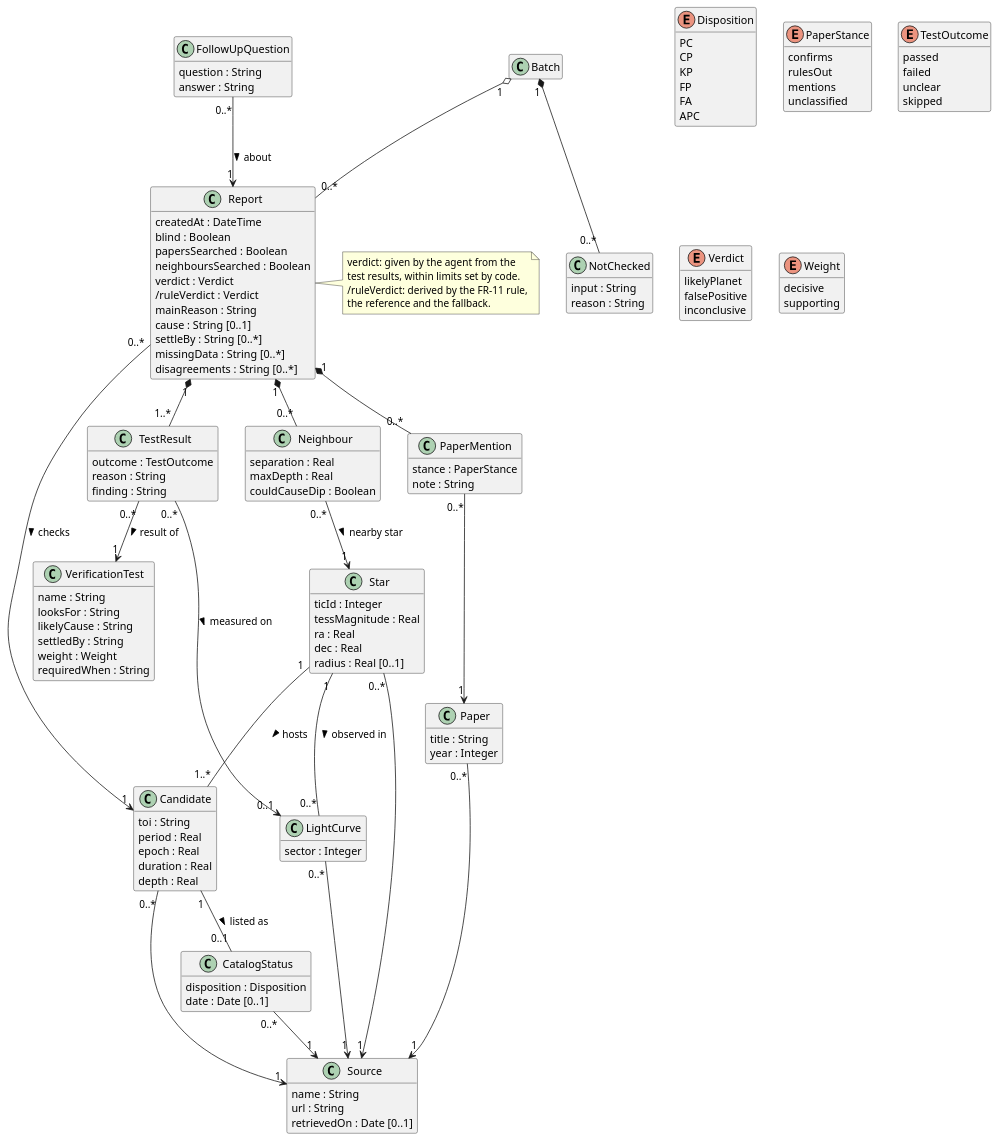
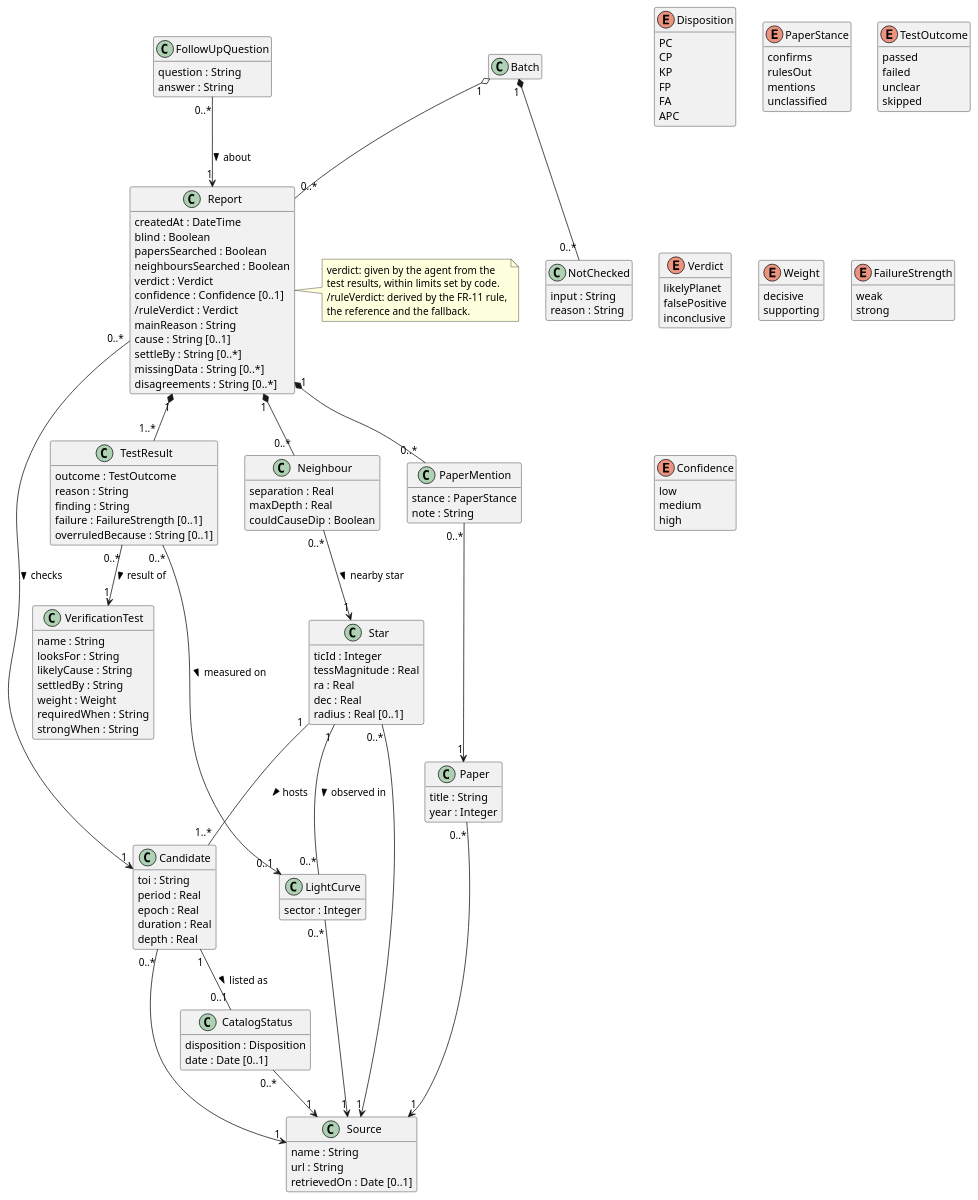
The diagram in docs/domain-model.md (szczuror/TESSter), drawn with PlantUML before and after one commit. The commit also changed other lines of this file and 5 other files, not shown here.

```diff
--- a/docs/domain-model.md
+++ b/docs/domain-model.md
@@ -77,12 +77,15 @@
   settledBy : String
   weight : Weight
   requiredWhen : String
+  strongWhen : String
 }
 
 class TestResult {
   outcome : TestOutcome
   reason : String
   finding : String
+  failure : FailureStrength [0..1]
+  overruledBecause : String [0..1]
 }
 
 class Report {
@@ -91,6 +94,7 @@
   papersSearched : Boolean
   neighboursSearched : Boolean
   verdict : Verdict
+  confidence : Confidence [0..1]
   /ruleVerdict : Verdict
   mainReason : String
   cause : String [0..1]
@@ -152,6 +156,17 @@
   supporting
 }
 
+enum FailureStrength {
+  weak
+  strong
+}
+
+enum Confidence {
+  low
+  medium
+  high
+}
+
 Star "1" -- "1..*" Candidate : hosts >
 Candidate "1" -- "0..1" CatalogStatus : listed as >
 Star "1" -- "0..*" LightCurve : observed in >
```
